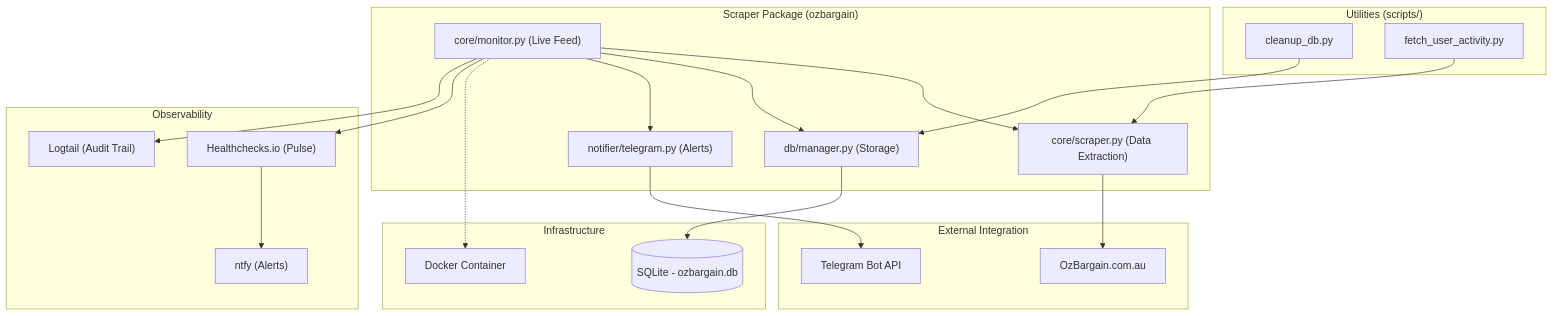
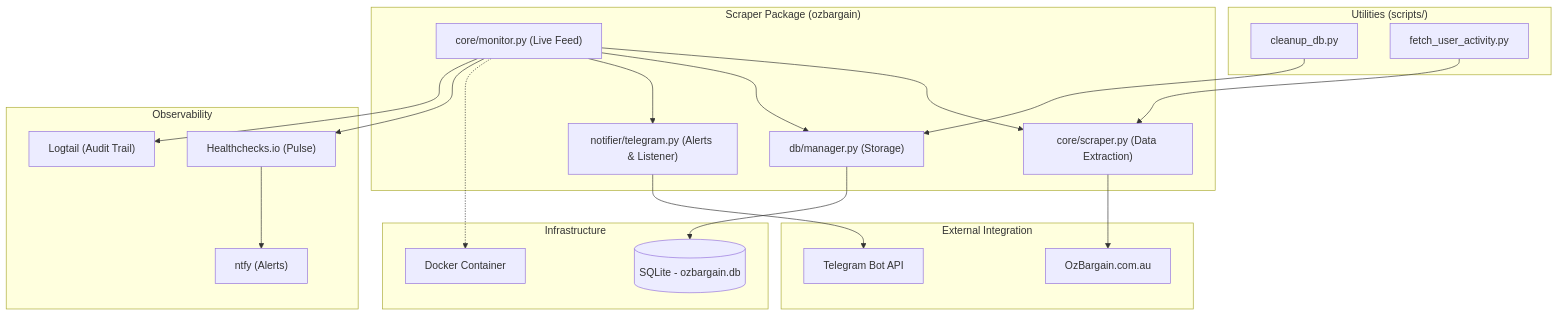
The diagram in README.md (shannondussoye/ozbargainer), drawn with Mermaid before and after one commit. The commit also changed other lines of this file and 3 other files, not shown here.

Commit message:
feat: implement Telegram inbound command listener to manage watched tags

````diff
--- a/README.md
+++ b/README.md
@@ -9,28 +22,29 @@
 ```mermaid
 graph TD
     subgraph "Scraper Package (ozbargain)"
         M["core/monitor.py (Live Feed)"] --> S["core/scraper.py (Data Extraction)"]
         M --> DB["db/manager.py (Storage)"]
-        M --> T["notifier/telegram.py (Alerts)"]
+        M --> T["notifier/telegram.py (Alerts & Listener)"]
     end
 
     subgraph "Infrastructure"
         DB --> SL[(SQLite - ozbargain.db)]
         M -.-> Docker[Docker Container]
     end
+
     subgraph "External Integration"
         S --> OZ["OzBargain.com.au"]
         T --> TG["Telegram Bot API"]
     end
 
     subgraph "Observability"
         M --> HC["Healthchecks.io (Pulse)"]
         M --> LT["Logtail (Audit Trail)"]
         HC --> NT["ntfy (Alerts)"]
     end
 
     subgraph "Utilities (scripts/)"
         CU["cleanup_db.py"] --> DB
         FU["fetch_user_activity.py"] --> S
     end
 ```
````
